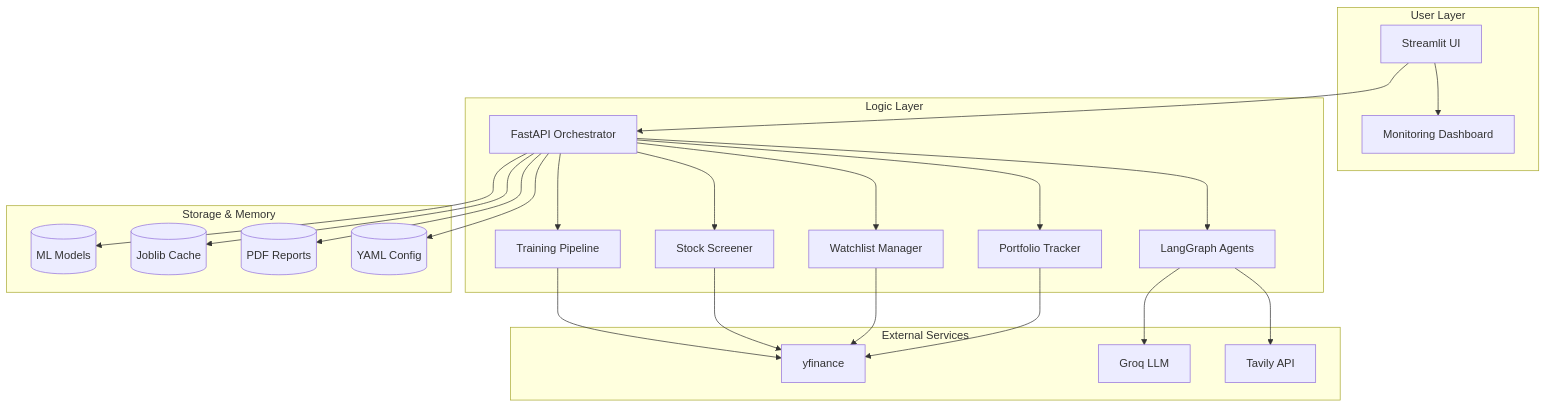
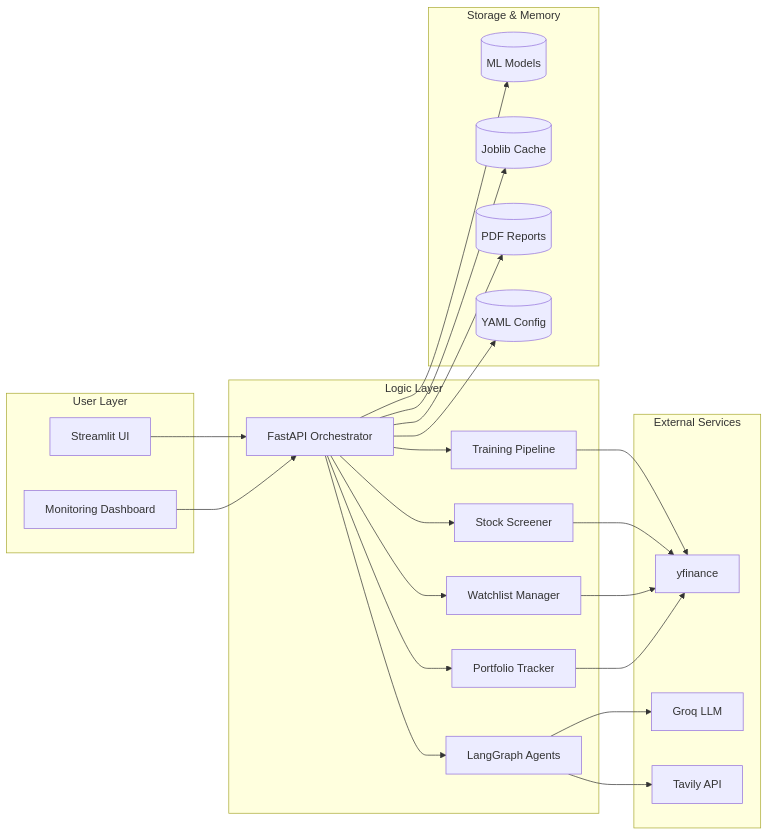
The diagram in README.md (ShaileshV-56/Mini-Stock-Advisor), drawn with Mermaid before and after one commit. The commit also changed other lines of this file, not shown here.

Commit message:
Update README with improved diagram syntax and formatting

````diff
--- a/README.md
+++ b/README.md
@@ -77,49 +77,52 @@
 ```mermaid
-graph TB
-    subgraph "User Layer"
-        UI[Streamlit UI]
-        DASH[Monitoring Dashboard]
+flowchart LR
+
+    subgraph USER["User Layer"]
+        UI["Streamlit UI"]
+        DASH["Monitoring Dashboard"]
     end
-    
-    subgraph "Logic Layer"
-        API[FastAPI Orchestrator]
-        AGENT[LangGraph Agents]
-        TRAIN[Training Pipeline]
-        SCREENER[Stock Screener]
-        WATCH[Watchlist Manager]
-        PORT[Portfolio Tracker]
+
+    subgraph LOGIC["Logic Layer"]
+        API["FastAPI Orchestrator"]
+        AGENT["LangGraph Agents"]
+        TRAIN["Training Pipeline"]
+        SCREENER["Stock Screener"]
+        WATCH["Watchlist Manager"]
+        PORT["Portfolio Tracker"]
     end
-    
-    subgraph "Storage & Memory"
-        MODELS[(ML Models)]
-        CACHE[(Joblib Cache)]
-        REPORTS[(PDF Reports)]
-        CONFIG[(YAML Config)]
+
+    subgraph STORAGE["Storage & Memory"]
+        MODELS[("ML Models")]
+        CACHE[("Joblib Cache")]
+        REPORTS[("PDF Reports")]
+        CONFIG[("YAML Config")]
     end
-    
-    subgraph "External Services"
-        YF[yfinance]
-        GROQ[Groq LLM]
-        TAVILY[Tavily API]
+
+    subgraph EXTERNAL["External Services"]
+        YF["yfinance"]
+        GROQ["Groq LLM"]
+        TAVILY["Tavily API"]
     end
-    
+
     UI --> API
-    UI --> DASH
+    DASH --> API
+
     API --> AGENT
     API --> TRAIN
     API --> SCREENER
     API --> WATCH
     API --> PORT
-    
+
     AGENT --> GROQ
     AGENT --> TAVILY
+
     TRAIN --> YF
     SCREENER --> YF
     WATCH --> YF
     PORT --> YF
-    
+
     API --> MODELS
     API --> CACHE
     API --> REPORTS
     API --> CONFIG
 ```
````
